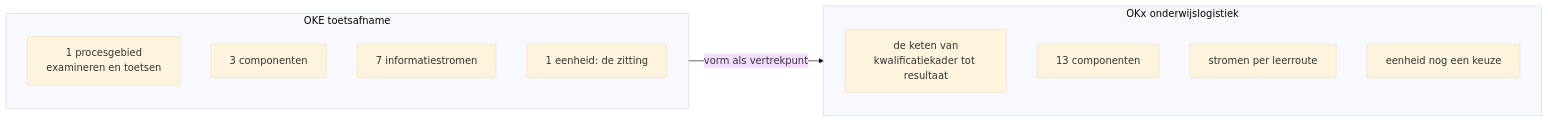
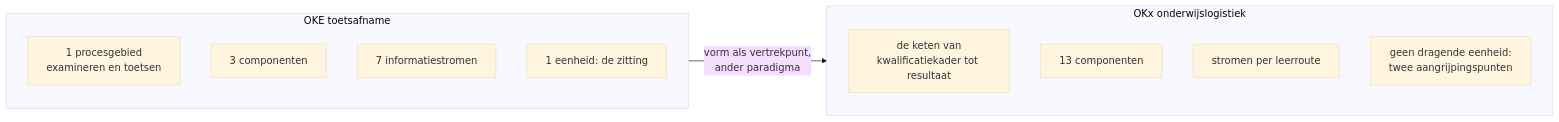
The diagram in architecture/agent-artifacts/research/20261027_1248_oke-vorm-tegenover-okx-scope.md (Npuls-OKx/meta), drawn with Mermaid (base theme) before and after one commit. The commit also changed other lines of this file, not shown here.

First line of the commit message:
Onderzoek, OKE-vorm: het paradigmaverschil in plaats van een dragende eenheid

````diff
--- a/architecture/agent-artifacts/research/20261027_1248_oke-vorm-tegenover-okx-scope.md
+++ b/architecture/agent-artifacts/research/20261027_1248_oke-vorm-tegenover-okx-scope.md
@@ -66,18 +66,18 @@
 ```mermaid
 flowchart LR
   subgraph OKE["OKE toetsafname"]
     direction TB
     O1["1 procesgebied<br/>examineren en toetsen"]
     O2["3 componenten"]
     O3["7 informatiestromen"]
     O4["1 eenheid: de zitting"]
   end
   subgraph OKX["OKx onderwijslogistiek"]
     direction TB
     X1["de keten van<br/>kwalificatiekader tot resultaat"]
     X2["13 componenten"]
     X3["stromen per leerroute"]
-    X4["eenheid nog een keuze"]
+    X4["geen dragende eenheid:<br/>twee aangrijpingspunten"]
   end
-  OKE -->|"vorm als vertrekpunt"| OKX
+  OKE -->|"vorm als vertrekpunt,<br/>ander paradigma"| OKX
 ```
````
